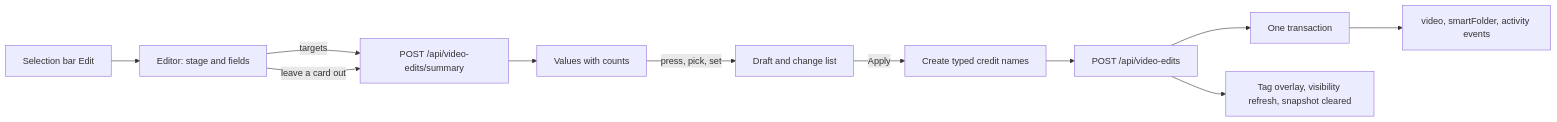
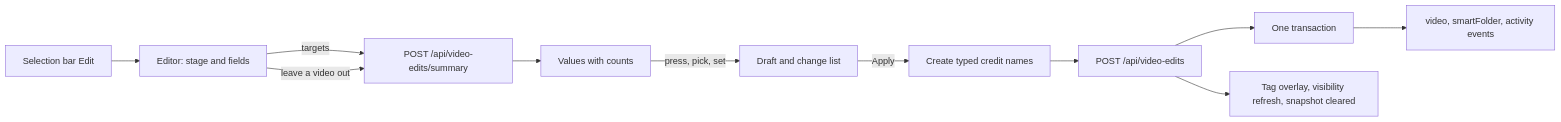
One commit to syudead/vv changed the diagram in docs/design-docs/bulk-editing.md. Above: the diagram before and after it, drawn with Mermaid. The commit also changed other lines of this file and 12 other files, not shown here.

````diff
--- a/docs/design-docs/bulk-editing.md
+++ b/docs/design-docs/bulk-editing.md
@@ -17,13 +17,13 @@
 ```mermaid
 flowchart LR
   bar[Selection bar Edit] --> editor[Editor: stage and fields]
   editor -->|targets| summary[POST /api/video-edits/summary]
   summary --> fields[Values with counts]
   fields -->|press, pick, set| draft[Draft and change list]
-  editor -->|leave a card out| summary
+  editor -->|leave a video out| summary
   draft -->|Apply| create[Create typed credit names]
   create --> apply[POST /api/video-edits]
   apply --> tx[One transaction]
   tx --> events[video, smartFolder, activity events]
   apply --> lists[Tag overlay, visibility refresh, snapshot cleared]
 ```
````
